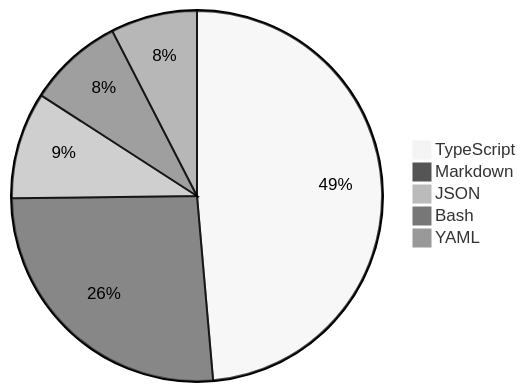
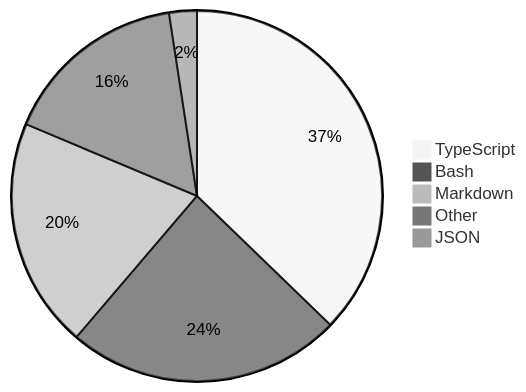
The diagram in README.md (skvggor/skvggor), drawn with Mermaid (neutral theme) before and after one commit.

Commit message:
Updated waka-readme graph with new metrics

````diff
--- a/README.md
+++ b/README.md
@@ -35,8 +35,8 @@
 ```mermaid
 pie
-    "TypeScript" : 43.8
-    "Markdown" : 23.6
-    "JSON" : 8.4
-    "Bash" : 7.5
-    "YAML" : 6.8
+    "TypeScript" : 36.9
+    "Bash" : 23.8
+    "Markdown" : 19.9
+    "Other" : 16.1
+    "JSON" : 2.4
 ```
````
